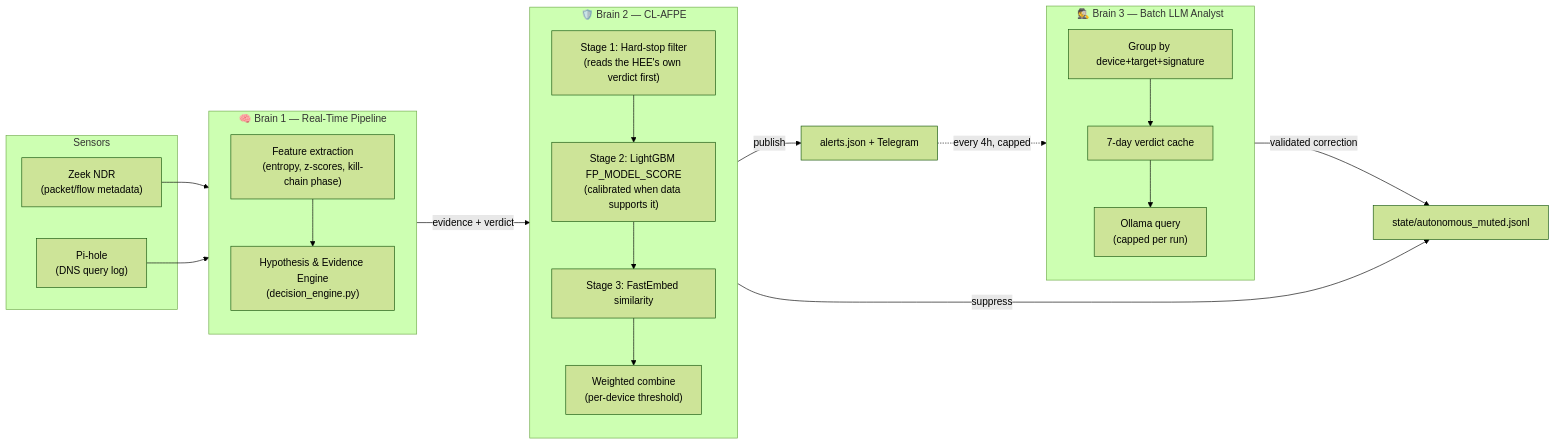
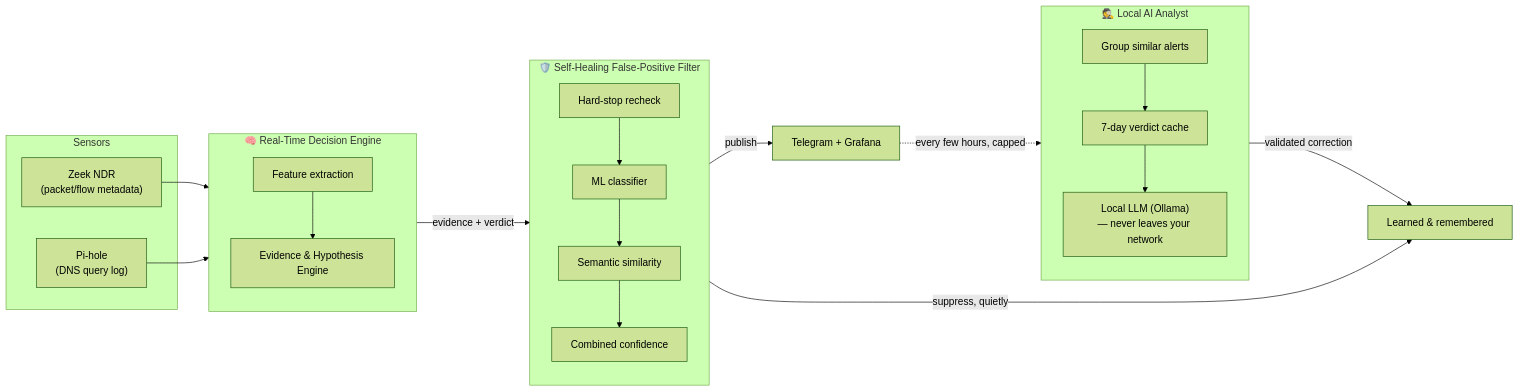
The diagram in README.md (gsaket-sky/home-ids), drawn with Mermaid (forest theme) before and after one commit. The commit also changed other lines of this file and 19 other files, not shown here.

````diff
--- a/README.md
+++ b/README.md
@@ -43,39 +90,39 @@
 ```mermaid
 flowchart LR
     subgraph Sensors
         Zeek["Zeek NDR<br/>(packet/flow metadata)"]
         Pihole["Pi-hole<br/>(DNS query log)"]
     end
 
-    subgraph Brain1["🧠 Brain 1 — Real-Time Pipeline"]
+    subgraph Brain1["🧠 Real-Time Decision Engine"]
         direction TB
-        Extract["Feature extraction<br/>(entropy, z-scores, kill-chain phase)"]
-        HEE["Hypothesis & Evidence Engine<br/>(decision_engine.py)"]
+        Extract["Feature extraction"]
+        HEE["Evidence & Hypothesis Engine"]
         Extract --> HEE
     end
 
-    subgraph Brain2["🛡️ Brain 2 — CL-AFPE"]
+    subgraph Brain2["🛡️ Self-Healing False-Positive Filter"]
         direction TB
-        Stage1["Stage 1: Hard-stop filter<br/>(reads the HEE's own verdict first)"]
-        Stage2["Stage 2: LightGBM FP_MODEL_SCORE<br/>(calibrated when data supports it)"]
-        Stage3["Stage 3: FastEmbed similarity"]
-        Combine["Weighted combine<br/>(per-device threshold)"]
+        Stage1["Hard-stop recheck"]
+        Stage2["ML classifier"]
+        Stage3["Semantic similarity"]
+        Combine["Combined confidence"]
         Stage1 --> Stage2 --> Stage3 --> Combine
     end
 
-    subgraph Brain3["🕵️ Brain 3 — Batch LLM Analyst"]
+    subgraph Brain3["🕵️ Local AI Analyst"]
         direction TB
-        Dedup["Group by device+target+signature"]
+        Dedup["Group similar alerts"]
         Cache["7-day verdict cache"]
-        LLM["Ollama query<br/>(capped per run)"]
+        LLM["Local LLM (Ollama)<br/>— never leaves your network"]
         Dedup --> Cache --> LLM
     end
 
     Zeek --> Extract
     Pihole --> Extract
     HEE -->|evidence + verdict| Brain2
-    Combine -->|suppress| Muted["state/autonomous_muted.jsonl"]
-    Combine -->|publish| Alerts["alerts.json + Telegram"]
-    Alerts -.every 4h, capped.-> Brain3
+    Combine -->|suppress, quietly| Muted["Learned & remembered"]
+    Combine -->|publish| Alerts["Telegram + Grafana"]
+    Alerts -.every few hours, capped.-> Brain3
     LLM -->|validated correction| Muted
 ```
````
